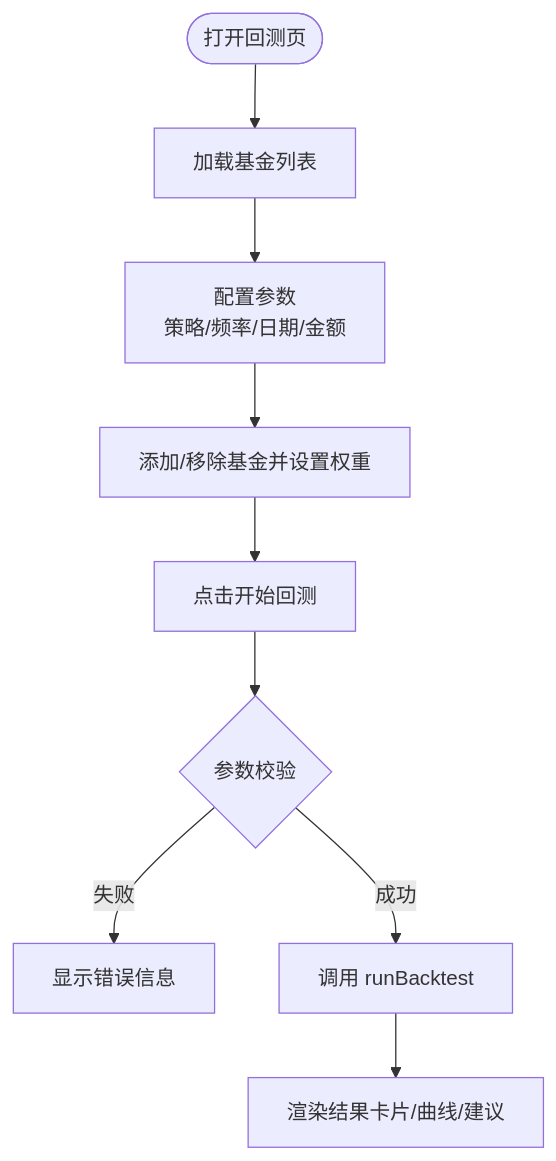
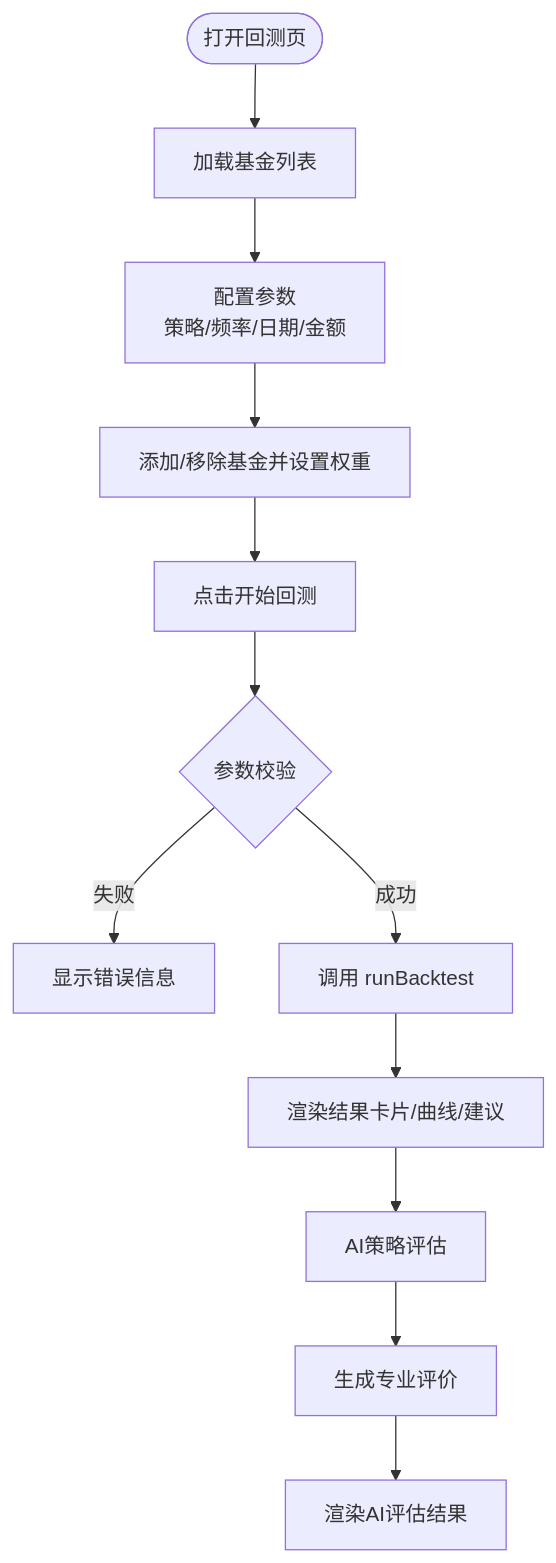
The sixth of 8 diagrams in .qoder/repowiki/zh/content/前端应用文档/页面组件系统.md (youkell85/FundTrader), drawn with Mermaid before and after one commit. The commit also changed other lines of this file and 11 other files, not shown here.

````diff
--- a/.qoder/repowiki/zh/content/前端应用文档/页面组件系统.md
+++ b/.qoder/repowiki/zh/content/前端应用文档/页面组件系统.md
@@ -301,11 +367,14 @@
 ```mermaid
 flowchart TD
 Start(["打开回测页"]) --> LoadFunds["加载基金列表"]
 LoadFunds --> Config["配置参数<br/>策略/频率/日期/金额"]
 Config --> Select["添加/移除基金并设置权重"]
 Select --> Run["点击开始回测"]
 Run --> Validate{"参数校验"}
 Validate --> |失败| Err["显示错误信息"]
 Validate --> |成功| Fetch["调用 runBacktest"]
 Fetch --> Result["渲染结果卡片/曲线/建议"]
+Result --> LLM["AI策略评估"]
+LLM --> Review["生成专业评价"]
+Review --> Render["渲染AI评估结果"]
 ```
````
